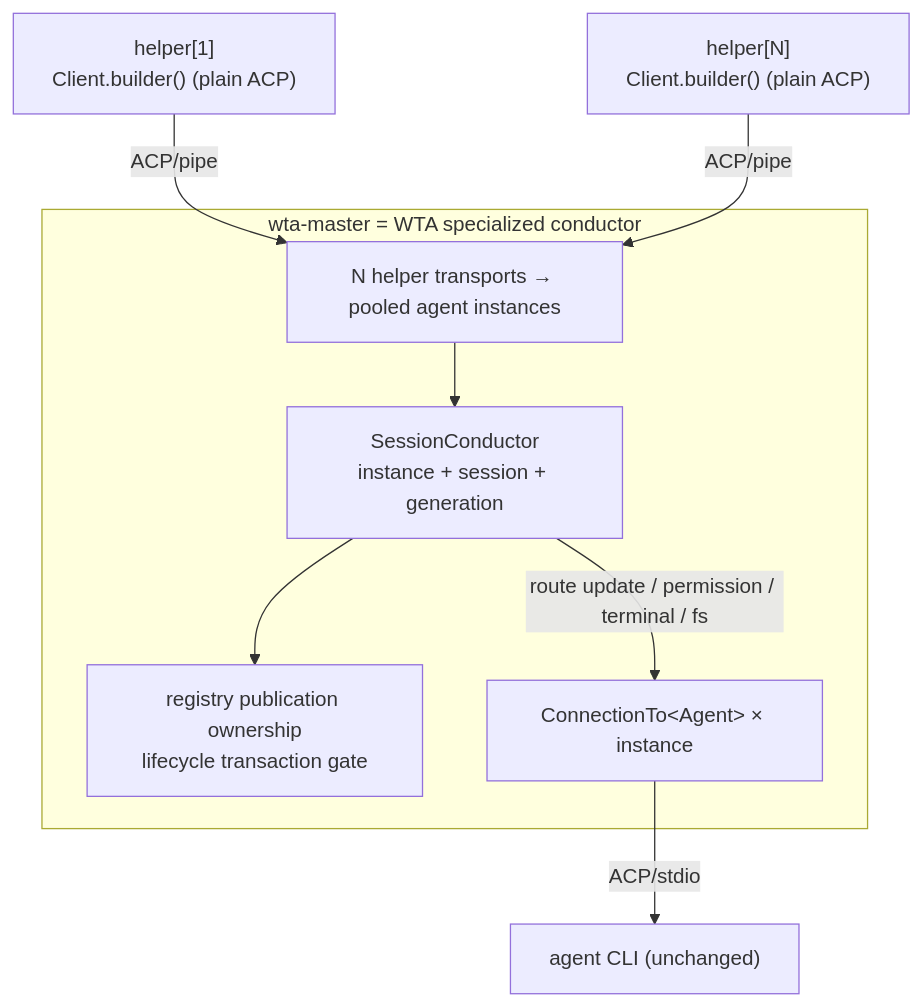
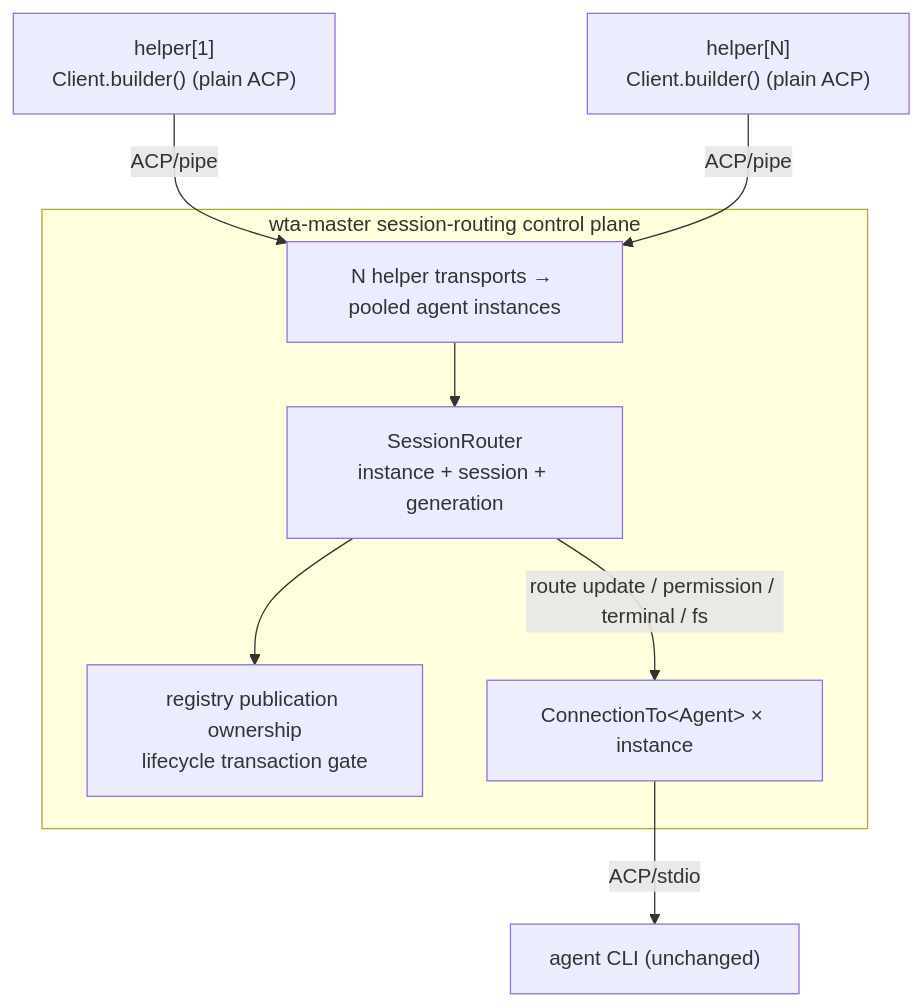
One commit to microsoft/intelligent-terminal changed the third of 5 diagrams in doc/specs/acp-1.0-conductor-migration.md. Above: the diagram before and after it, drawn with Mermaid. The commit also changed other lines of this file and 9 other files, not shown here.

````diff
--- a/doc/specs/acp-1.0-conductor-migration.md
+++ b/doc/specs/acp-1.0-conductor-migration.md
@@ -593,21 +606,21 @@
 ```mermaid
 flowchart TB
     H1["helper[1]<br/>Client.builder() (plain ACP)"]
     Hn["helper[N]<br/>Client.builder() (plain ACP)"]
 
-    subgraph master["wta-master = WTA specialized conductor"]
-        SC["SessionConductor<br/>instance + session + generation"]
+    subgraph master["wta-master session-routing control plane"]
+        SC["SessionRouter<br/>instance + session + generation"]
         REG["registry publication ownership<br/>lifecycle transaction gate"]
         BR["N helper transports → pooled agent instances"]
         AC["ConnectionTo&lt;Agent&gt; × instance"]
     end
 
     CLI["agent CLI (unchanged)"]
 
     H1 -->|"ACP/pipe"| BR
     Hn -->|"ACP/pipe"| BR
     BR --> SC
     SC --> REG
     SC -->|"route update / permission / terminal / fs"| AC
     AC -->|"ACP/stdio"| CLI
 ```
````
